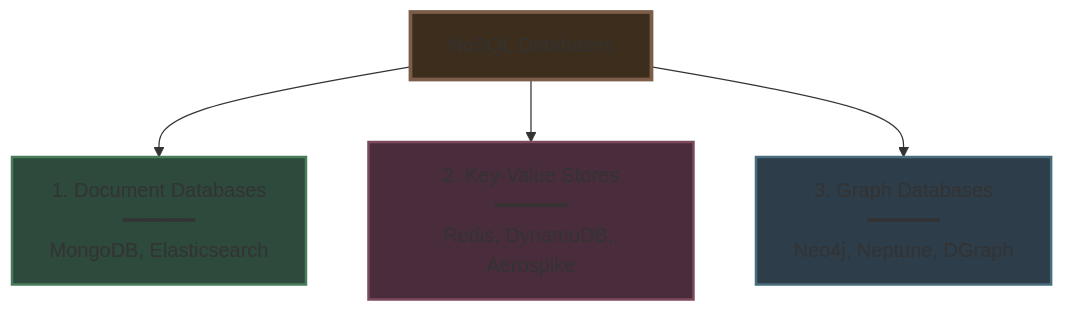
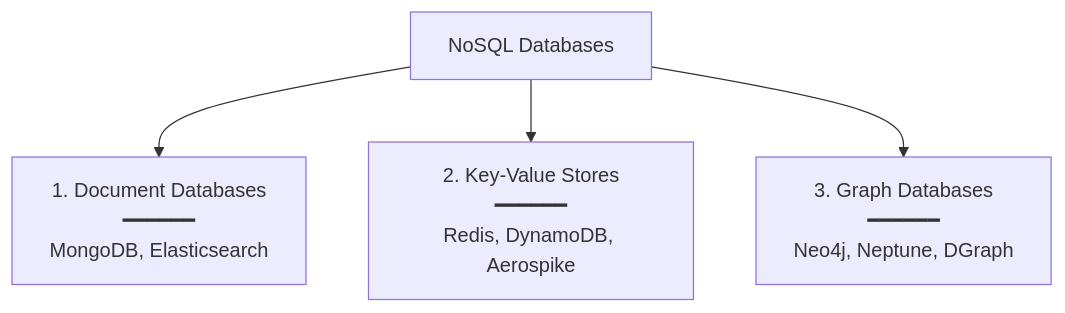
The third of 16 diagrams in system design beginner/9. Non-Relational Databases.md (Yash-Kavaiya/The-System-Design-Masterclass), drawn with Mermaid before and after one commit. The commit also changed other lines of this file, not shown here.

````diff
--- a/system design beginner/9. Non-Relational Databases.md
+++ b/system design beginner/9. Non-Relational Databases.md
@@ -60,15 +54,10 @@
 ```mermaid
 graph TB
     NOSQL[NoSQL Databases]
     
     NOSQL --> DOC[1. Document Databases<br/>━━━━━━<br/>MongoDB, Elasticsearch]
     
     NOSQL --> KV[2. Key-Value Stores<br/>━━━━━━<br/>Redis, DynamoDB, Aerospike]
     
     NOSQL --> GRAPH[3. Graph Databases<br/>━━━━━━<br/>Neo4j, Neptune, DGraph]
-    
-    style NOSQL fill:#3d2d1c,stroke:#7c5d4a,stroke-width:3px
-    style DOC fill:#2d4a3c,stroke:#4a7c5c,stroke-width:2px
-    style KV fill:#4a2d3c,stroke:#7c4a5c,stroke-width:2px
-    style GRAPH fill:#2d3d4a,stroke:#4a6d7c,stroke-width:2px
 ```
````
